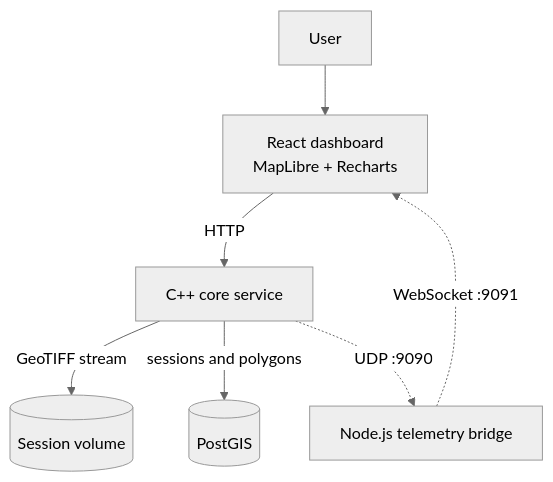
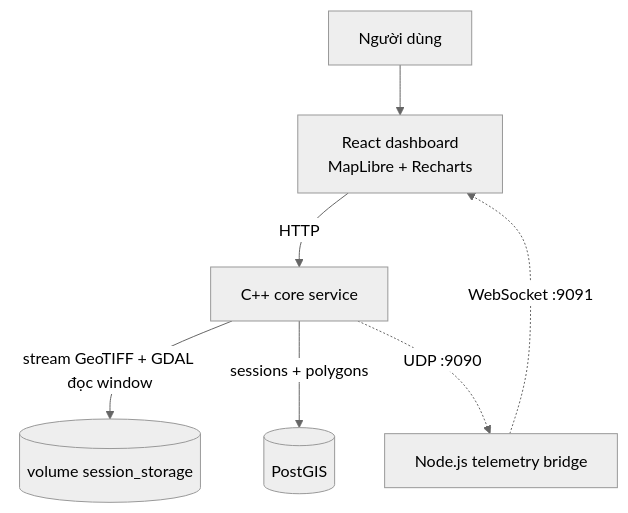
One commit to Dinhthuy2k5/remote-sensing-pipeline changed the first of 5 diagrams in docs/ARCHITECTURE.md. Above: the diagram before and after it, drawn with Mermaid (neutral theme). The commit also changed other lines of this file and 5 other files, not shown here.

````diff
--- a/docs/ARCHITECTURE.md
+++ b/docs/ARCHITECTURE.md
@@ -24,16 +24,16 @@
 ```mermaid
 flowchart TB
-    User["User"]
+    User["Người dùng"]
     UI["React dashboard<br/>MapLibre + Recharts"]
     Core["C++ core service"]
     DB[("PostGIS")]
-    Files[("Session volume")]
+    Files[("volume session_storage")]
     Bridge["Node.js telemetry bridge"]
 
     User --> UI
     UI -->|"HTTP"| Core
-    Core -->|"GeoTIFF stream"| Files
-    Core -->|"sessions and polygons"| DB
+    Core -->|"stream GeoTIFF + GDAL đọc window"| Files
+    Core -->|"sessions + polygons"| DB
     Core -. "UDP :9090" .-> Bridge
     Bridge -. "WebSocket :9091" .-> UI
 ```
````
